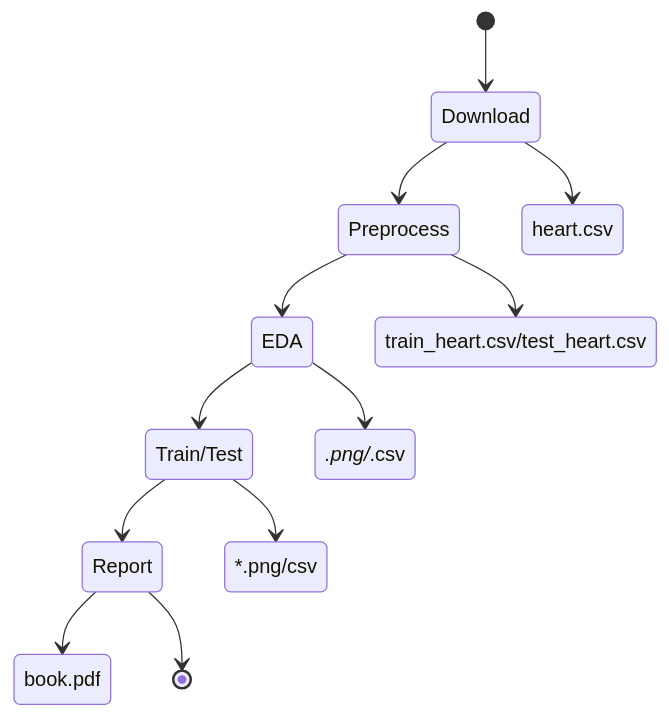
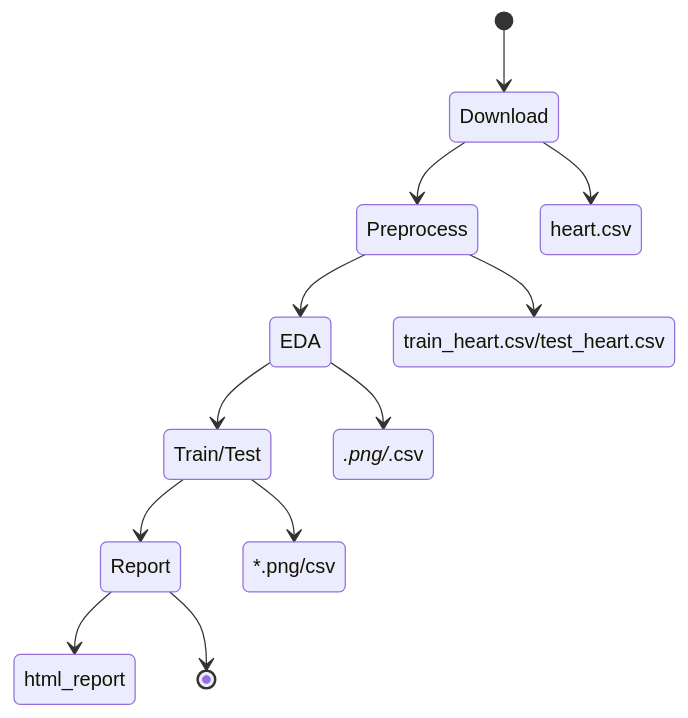
Before and after one commit to UBC-MDS/heart_disease_predictor: the diagram in README.md, drawn with Mermaid. The commit also changed other lines of this file and 16 other files, not shown here.

````diff
--- a/README.md
+++ b/README.md
@@ -105,14 +130,14 @@
 ```mermaid
 stateDiagram-v2
     [*] --> Download
     Download --> Preprocess
     Download --> heart.csv
     Preprocess --> EDA
     Preprocess --> train_heart.csv/test_heart.csv
     EDA --> Train/Test
     EDA --> *.png/*.csv
     Train/Test --> Report
     Train/Test --> *.png/csv
-    Report --> book.pdf
+    Report --> html_report
     Report --> [*]
 ```
````
